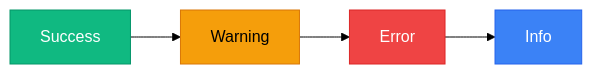
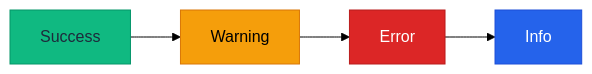
One commit to tech-leads-club/agent-skills changed the second of 6 diagrams in packages/skills-catalog/skills/(tooling)/mermaid-studio/references/themes.md. Above: the diagram before and after it, drawn with Mermaid (forest theme). The commit also changed other lines of this file and 6 other files, not shown here.

First line of the commit message:
fix(skills-catalog): ensure readable mermaid light palettes

````diff
--- a/packages/skills-catalog/skills/(tooling)/mermaid-studio/references/themes.md
+++ b/packages/skills-catalog/skills/(tooling)/mermaid-studio/references/themes.md
@@ -172,15 +198,15 @@
 ```mermaid
 flowchart LR
     A[Success]:::success
     B[Warning]:::warning
     C[Error]:::error
     D[Info]:::info
 
     A --> B --> C --> D
 
-    classDef success fill:#10b981,stroke:#059669,color:#fff
+    classDef success fill:#10b981,stroke:#059669,color:#1e293b
     classDef warning fill:#f59e0b,stroke:#d97706,color:#000
-    classDef error fill:#ef4444,stroke:#dc2626,color:#fff
-    classDef info fill:#3b82f6,stroke:#2563eb,color:#fff
+    classDef error fill:#dc2626,stroke:#b91c1c,color:#fff
+    classDef info fill:#2563eb,stroke:#1d4ed8,color:#fff
     classDef default fill:#f8fafc,stroke:#e2e8f0,color:#1e293b
 ```
````
